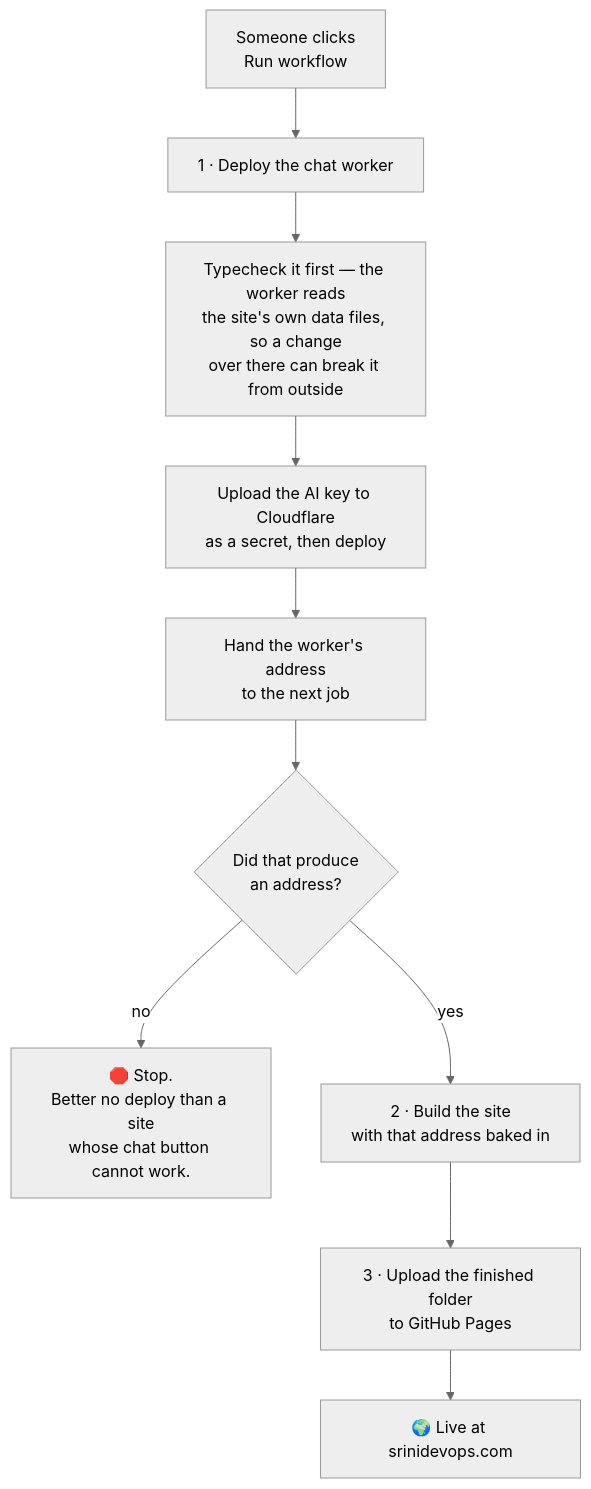
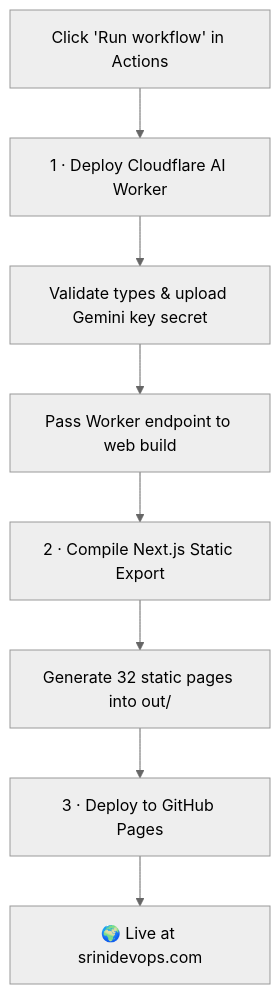
One commit to Srinivasan-78/srinivasan-78.github.io changed the eighth of 8 diagrams in README.md. Above: the diagram before and after it, drawn with Mermaid (neutral theme). The commit also changed other lines of this file, not shown here.

Commit message:
Update README.md to reflect enhanced portfolio details and clarify project architecture

````diff
--- a/README.md
+++ b/README.md
@@ -431,12 +352,10 @@
 ```mermaid
 flowchart TD
-    A["Someone clicks<br/>Run workflow"] --> B["1 · Deploy the chat worker"]
-    B --> B1["Typecheck it first — the worker reads<br/>the site's own data files, so a change<br/>over there can break it from outside"]
-    B1 --> B2["Upload the AI key to Cloudflare<br/>as a secret, then deploy"]
-    B2 --> B3["Hand the worker's address<br/>to the next job"]
-    B3 --> C{"Did that produce<br/>an address?"}
-    C -- "no" --> X["🛑 Stop.<br/>Better no deploy than a site<br/>whose chat button cannot work."]
-    C -- "yes" --> D["2 · Build the site<br/>with that address baked in"]
-    D --> E["3 · Upload the finished folder<br/>to GitHub Pages"]
-    E --> F["🌍 Live at srinidevops.com"]
+    A["Click 'Run workflow' in Actions"] --> B["1 · Deploy Cloudflare AI Worker"]
+    B --> B1["Validate types & upload Gemini key secret"]
+    B1 --> B2["Pass Worker endpoint to web build"]
+    B2 --> C["2 · Compile Next.js Static Export"]
+    C --> C1["Generate 32 static pages into out/"]
+    C1 --> D["3 · Deploy to GitHub Pages"]
+    D --> E["🌍 Live at srinidevops.com"]
 ```
````
